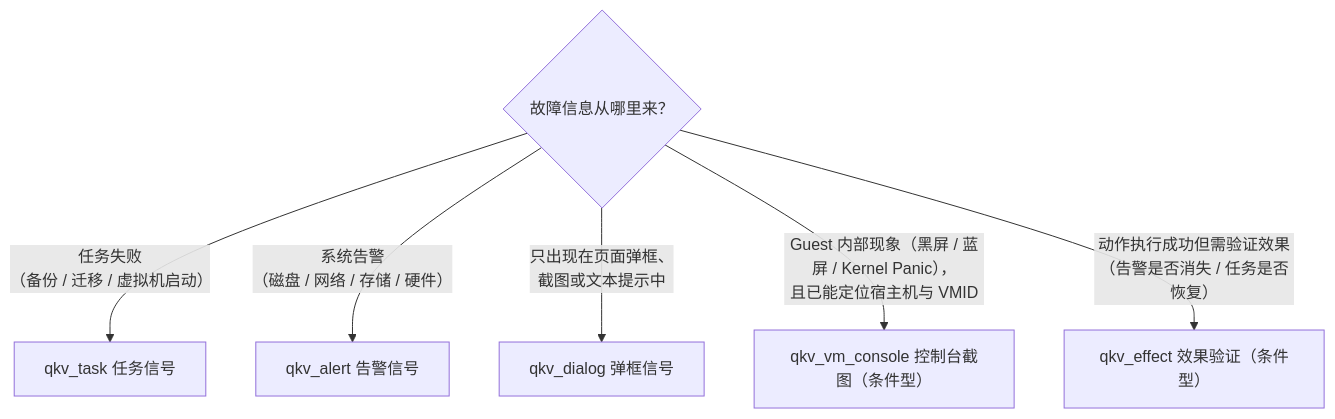
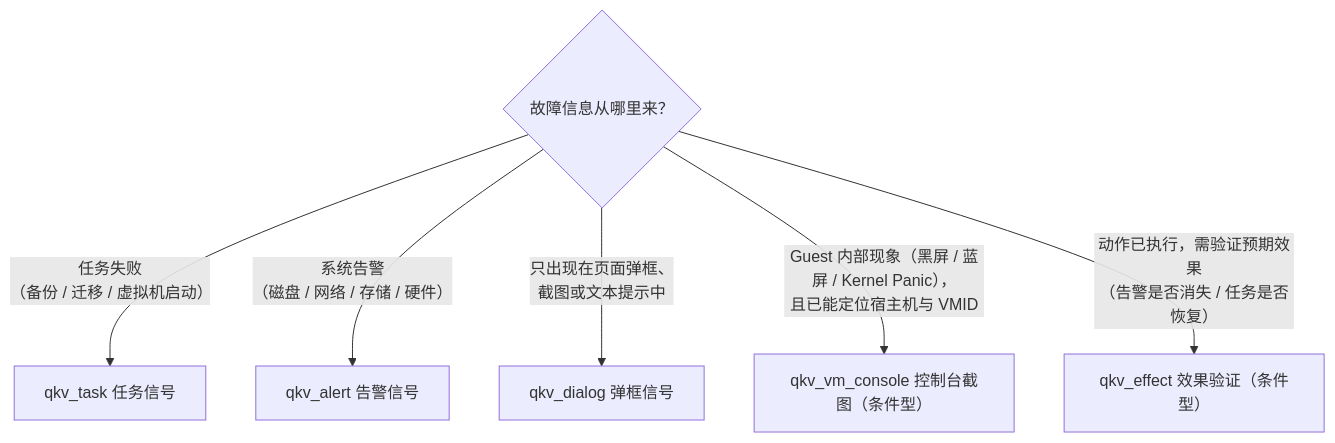
One commit to tomturing/hci-troubleshoot-platform changed the fourth of 10 diagrams in docs/solution/agent/KBD审核发布操作指南.md. Above: the diagram before and after it, drawn with Mermaid. The commit also changed other lines of this file and 147 other files, not shown here.

````diff
--- a/docs/solution/agent/KBD审核发布操作指南.md
+++ b/docs/solution/agent/KBD审核发布操作指南.md
@@ -342,9 +361,9 @@
 ```mermaid
 flowchart TD
     Q{"故障信息从哪里来？"}
     Q -->|"任务失败<br/>（备份 / 迁移 / 虚拟机启动）"| T["qkv_task 任务信号"]
     Q -->|"系统告警<br/>（磁盘 / 网络 / 存储 / 硬件）"| A["qkv_alert 告警信号"]
     Q -->|"只出现在页面弹框、<br/>截图或文本提示中"| D["qkv_dialog 弹框信号"]
     Q -->|"Guest 内部现象（黑屏 / 蓝屏 / Kernel Panic），<br/>且已能定位宿主机与 VMID"| V["qkv_vm_console 控制台截图（条件型）"]
-    Q -->|"动作执行成功但需验证效果<br/>（告警是否消失 / 任务是否恢复）"| E["qkv_effect 效果验证（条件型）"]
+    Q -->|"动作已执行，需验证预期效果<br/>（告警是否消失 / 任务是否恢复）"| E["qkv_effect 效果验证（条件型）"]
 ```
````
